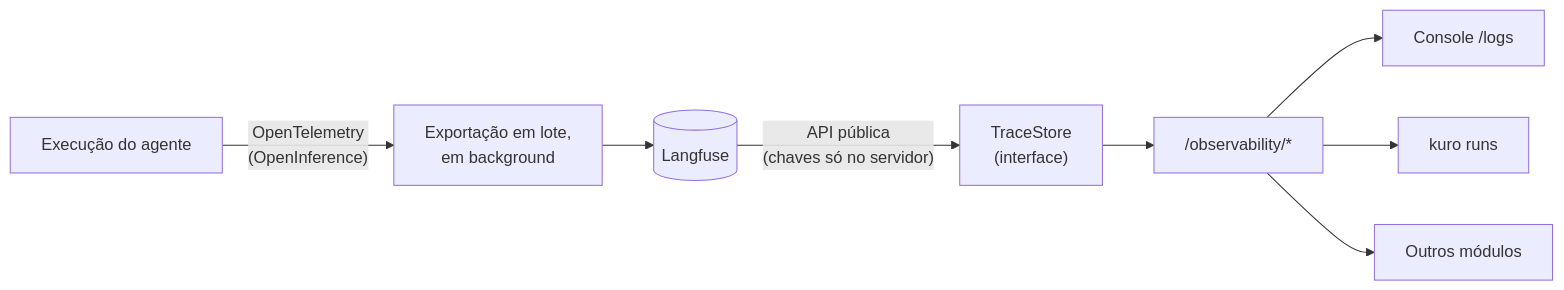
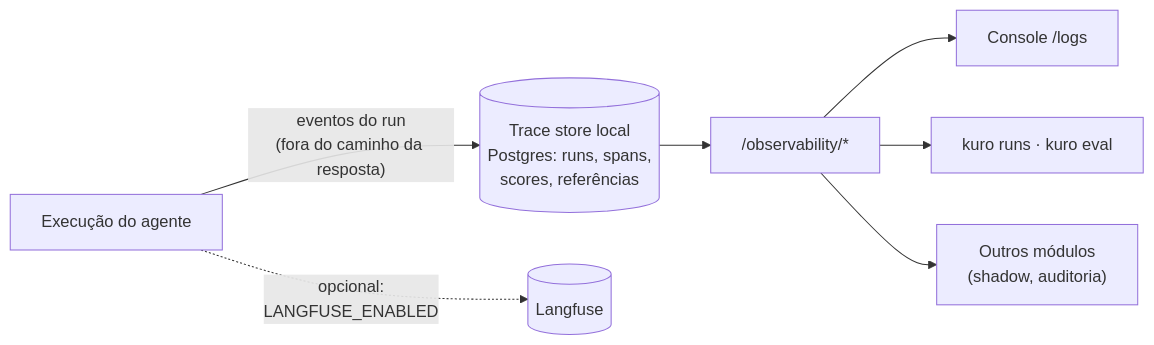
The diagram in docs/diagramas/observabilidade.mmd (Arthur-Marques-IA/microservice_agents), drawn with Mermaid before and after one commit. The commit also changed 10 other files, not shown here.

First line of the commit message:
docs: README, ROADMAP e diagramas alinhados com os Sprints 1–3 e o console

```diff
--- a/docs/diagramas/observabilidade.mmd
+++ b/docs/diagramas/observabilidade.mmd
@@ -1,8 +1,7 @@
 flowchart LR
-    RUN["Execução do agente"] -- "OpenTelemetry<br/>(OpenInference)" --> EXP["Exportação em lote,<br/>em background"]
-    EXP --> LF[("Langfuse")]
-    LF -- "API pública<br/>(chaves só no servidor)" --> TS["TraceStore<br/>(interface)"]
-    TS --> OBS["/observability/*"]
+    RUN["Execução do agente"] -- "eventos do run<br/>(fora do caminho da resposta)" --> STORE[("Trace store local<br/>Postgres: runs, spans,<br/>scores, referências")]
+    RUN -. "opcional:<br/>LANGFUSE_ENABLED" .-> LF[("Langfuse")]
+    STORE --> OBS["/observability/*"]
     OBS --> CON["Console /logs"]
-    OBS --> CLI["kuro runs"]
-    OBS --> MOD["Outros módulos"]
+    OBS --> CLI["kuro runs · kuro eval"]
+    OBS --> MOD["Outros módulos<br/>(shadow, auditoria)"]
```
